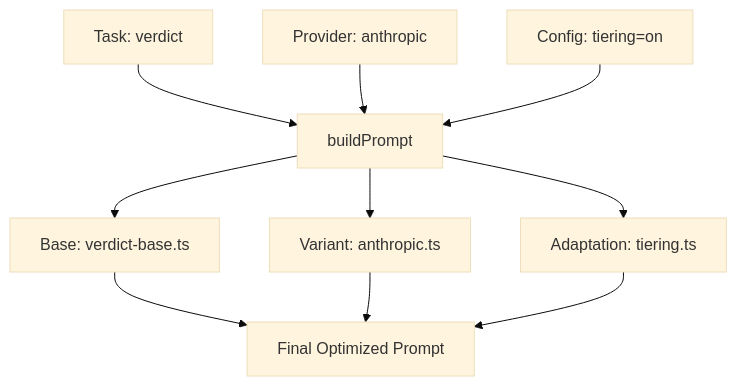
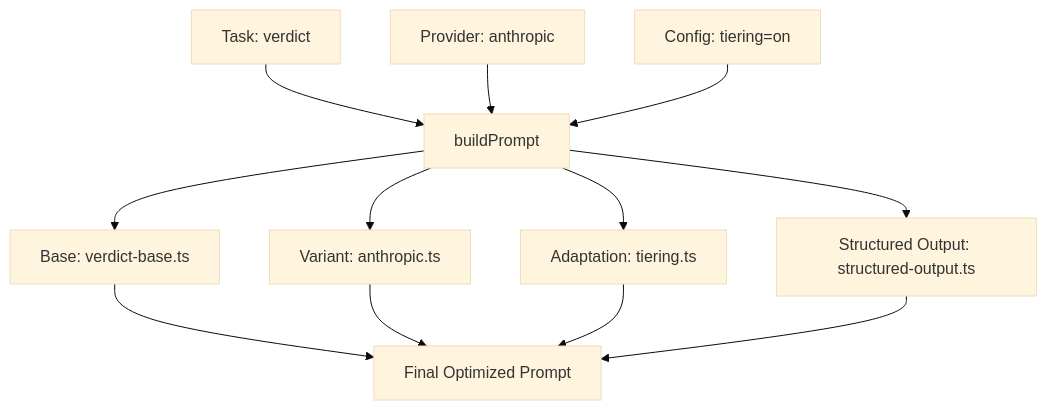
Before and after one commit to robertschaub/FactHarbor: the diagram in Docs/DEVELOPMENT/LLM_Prompt_Improvements.md, drawn with Mermaid (base theme). The commit also changed other lines of this file and 15 other files, not shown here.

````diff
--- a/Docs/DEVELOPMENT/LLM_Prompt_Improvements.md
+++ b/Docs/DEVELOPMENT/LLM_Prompt_Improvements.md
@@ -60,10 +64,11 @@
 ```mermaid
 graph TD
     A[Task: verdict] --> D[buildPrompt]
     B[Provider: anthropic] --> D
     C[Config: tiering=on] --> D
     D --> E[Base: verdict-base.ts]
     D --> F[Variant: anthropic.ts]
     D --> G[Adaptation: tiering.ts]
-    E & F & G --> H[Final Optimized Prompt]
+    D --> H[Structured Output: structured-output.ts]
+    E & F & G & H --> I[Final Optimized Prompt]
 ```
````
